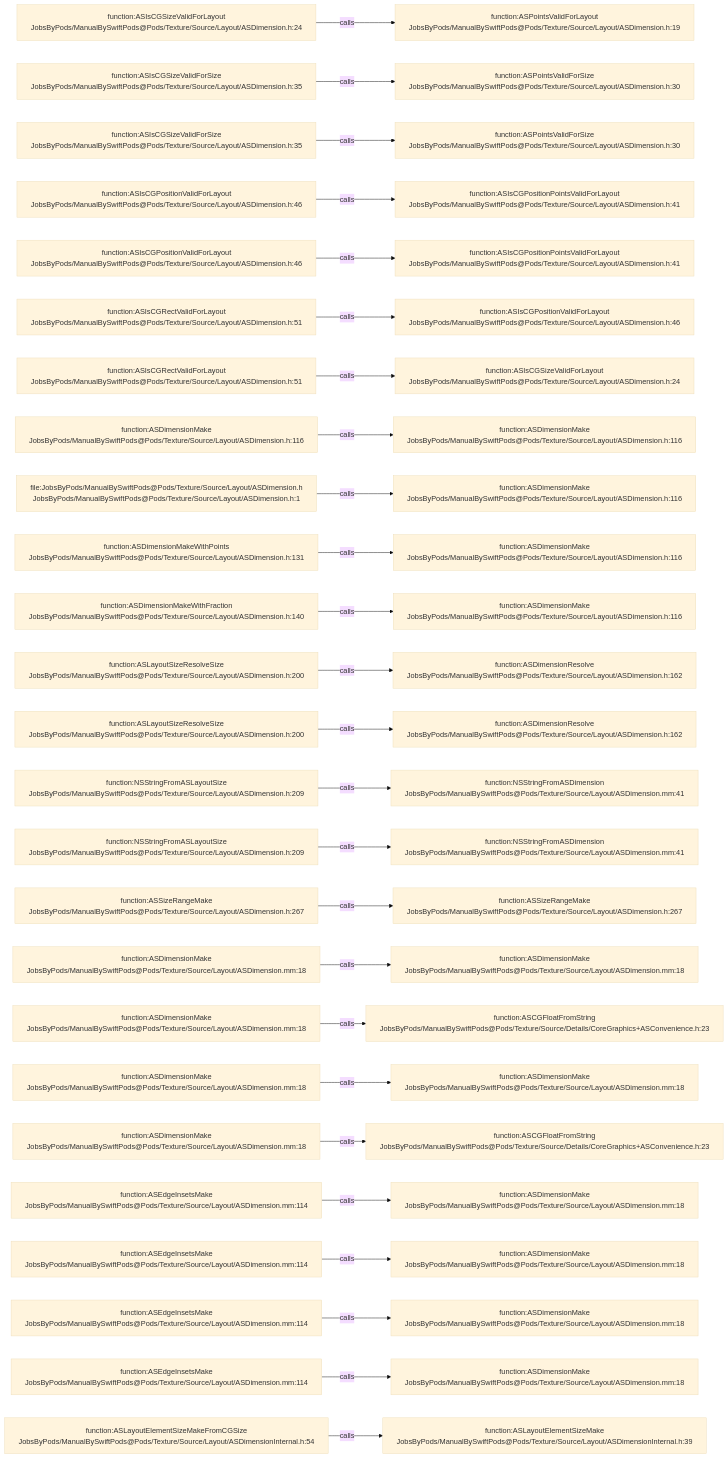
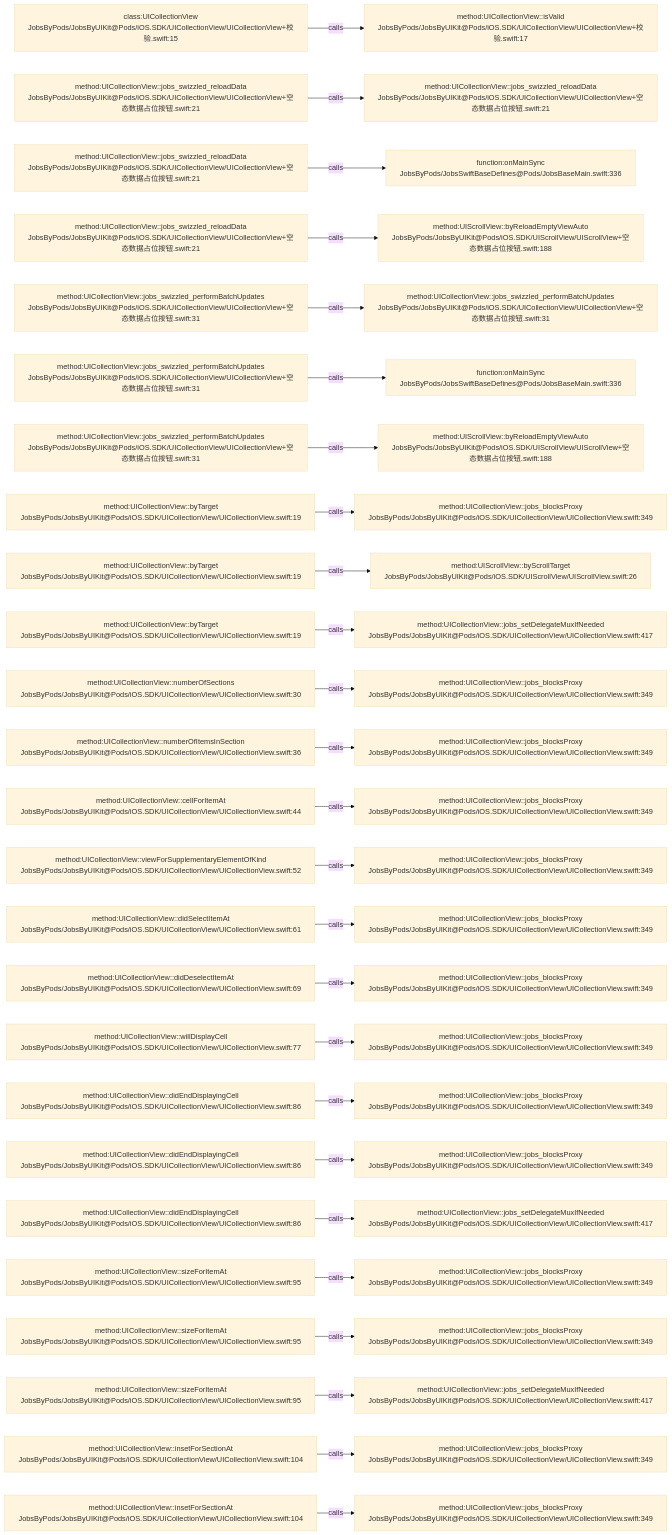
Before and after one commit to JobsKits/JobsSwiftBaseConfigDemo: the diagram in .codegraph/codegraph.md/graphs/calls-106.md, drawn with Mermaid (base theme). The commit also changed 224 other files, not shown here.

````diff
--- a/.codegraph/codegraph.md/graphs/calls-106.md
+++ b/.codegraph/codegraph.md/graphs/calls-106.md
@@ -13,78 +13,78 @@
 ```mermaid
 flowchart LR
-  S1["function:ASIsCGSizeValidForLayout<br/>JobsByPods/ManualBySwiftPods@Pods/Texture/Source/Layout/ASDimension.h:24"]
-  T1["function:ASPointsValidForLayout<br/>JobsByPods/ManualBySwiftPods@Pods/Texture/Source/Layout/ASDimension.h:19"]
+  S1["class:UICollectionView<br/>JobsByPods/JobsByUIKit@Pods/iOS.SDK/UICollectionView/UICollectionView+校验.swift:15"]
+  T1["method:UICollectionView::isValid<br/>JobsByPods/JobsByUIKit@Pods/iOS.SDK/UICollectionView/UICollectionView+校验.swift:17"]
   S1 -->|calls| T1
-  S2["function:ASIsCGSizeValidForSize<br/>JobsByPods/ManualBySwiftPods@Pods/Texture/Source/Layout/ASDimension.h:35"]
-  T2["function:ASPointsValidForSize<br/>JobsByPods/ManualBySwiftPods@Pods/Texture/Source/Layout/ASDimension.h:30"]
+  S2["method:UICollectionView::jobs_swizzled_reloadData<br/>JobsByPods/JobsByUIKit@Pods/iOS.SDK/UICollectionView/UICollectionView+空态数据占位按钮.swift:21"]
+  T2["method:UICollectionView::jobs_swizzled_reloadData<br/>JobsByPods/JobsByUIKit@Pods/iOS.SDK/UICollectionView/UICollectionView+空态数据占位按钮.swift:21"]
   S2 -->|calls| T2
-  S3["function:ASIsCGSizeValidForSize<br/>JobsByPods/ManualBySwiftPods@Pods/Texture/Source/Layout/ASDimension.h:35"]
-  T3["function:ASPointsValidForSize<br/>JobsByPods/ManualBySwiftPods@Pods/Texture/Source/Layout/ASDimension.h:30"]
+  S3["method:UICollectionView::jobs_swizzled_reloadData<br/>JobsByPods/JobsByUIKit@Pods/iOS.SDK/UICollectionView/UICollectionView+空态数据占位按钮.swift:21"]
+  T3["function:onMainSync<br/>JobsByPods/JobsSwiftBaseDefines@Pods/JobsBaseMain.swift:336"]
   S3 -->|calls| T3
-  S4["function:ASIsCGPositionValidForLayout<br/>JobsByPods/ManualBySwiftPods@Pods/Texture/Source/Layout/ASDimension.h:46"]
-  T4["function:ASIsCGPositionPointsValidForLayout<br/>JobsByPods/ManualBySwiftPods@Pods/Texture/Source/Layout/ASDimension.h:41"]
+  S4["method:UICollectionView::jobs_swizzled_reloadData<br/>JobsByPods/JobsByUIKit@Pods/iOS.SDK/UICollectionView/UICollectionView+空态数据占位按钮.swift:21"]
+  T4["method:UIScrollView::byReloadEmptyViewAuto<br/>JobsByPods/JobsByUIKit@Pods/iOS.SDK/UIScrollView/UIScrollView+空态数据占位按钮.swift:188"]
   S4 -->|calls| T4
-  S5["function:ASIsCGPositionValidForLayout<br/>JobsByPods/ManualBySwiftPods@Pods/Texture/Source/Layout/ASDimension.h:46"]
-  T5["function:ASIsCGPositionPointsValidForLayout<br/>JobsByPods/ManualBySwiftPods@Pods/Texture/Source/Layout/ASDimension.h:41"]
+  S5["method:UICollectionView::jobs_swizzled_performBatchUpdates<br/>JobsByPods/JobsByUIKit@Pods/iOS.SDK/UICollectionView/UICollectionView+空态数据占位按钮.swift:31"]
+  T5["method:UICollectionView::jobs_swizzled_performBatchUpdates<br/>JobsByPods/JobsByUIKit@Pods/iOS.SDK/UICollectionView/UICollectionView+空态数据占位按钮.swift:31"]
   S5 -->|calls| T5
-  S6["function:ASIsCGRectValidForLayout<br/>JobsByPods/ManualBySwiftPods@Pods/Texture/Source/Layout/ASDimension.h:51"]
-  T6["function:ASIsCGPositionValidForLayout<br/>JobsByPods/ManualBySwiftPods@Pods/Texture/Source/Layout/ASDimension.h:46"]
+  S6["method:UICollectionView::jobs_swizzled_performBatchUpdates<br/>JobsByPods/JobsByUIKit@Pods/iOS.SDK/UICollectionView/UICollectionView+空态数据占位按钮.swift:31"]
+  T6["function:onMainSync<br/>JobsByPods/JobsSwiftBaseDefines@Pods/JobsBaseMain.swift:336"]
   S6 -->|calls| T6
-  S7["function:ASIsCGRectValidForLayout<br/>JobsByPods/ManualBySwiftPods@Pods/Texture/Source/Layout/ASDimension.h:51"]
-  T7["function:ASIsCGSizeValidForLayout<br/>JobsByPods/ManualBySwiftPods@Pods/Texture/Source/Layout/ASDimension.h:24"]
+  S7["method:UICollectionView::jobs_swizzled_performBatchUpdates<br/>JobsByPods/JobsByUIKit@Pods/iOS.SDK/UICollectionView/UICollectionView+空态数据占位按钮.swift:31"]
+  T7["method:UIScrollView::byReloadEmptyViewAuto<br/>JobsByPods/JobsByUIKit@Pods/iOS.SDK/UIScrollView/UIScrollView+空态数据占位按钮.swift:188"]
   S7 -->|calls| T7
-  S8["function:ASDimensionMake<br/>JobsByPods/ManualBySwiftPods@Pods/Texture/Source/Layout/ASDimension.h:116"]
-  T8["function:ASDimensionMake<br/>JobsByPods/ManualBySwiftPods@Pods/Texture/Source/Layout/ASDimension.h:116"]
+  S8["method:UICollectionView::byTarget<br/>JobsByPods/JobsByUIKit@Pods/iOS.SDK/UICollectionView/UICollectionView.swift:19"]
+  T8["method:UICollectionView::jobs_blocksProxy<br/>JobsByPods/JobsByUIKit@Pods/iOS.SDK/UICollectionView/UICollectionView.swift:349"]
   S8 -->|calls| T8
-  S9["file:JobsByPods/ManualBySwiftPods@Pods/Texture/Source/Layout/ASDimension.h<br/>JobsByPods/ManualBySwiftPods@Pods/Texture/Source/Layout/ASDimension.h:1"]
-  T9["function:ASDimensionMake<br/>JobsByPods/ManualBySwiftPods@Pods/Texture/Source/Layout/ASDimension.h:116"]
+  S9["method:UICollectionView::byTarget<br/>JobsByPods/JobsByUIKit@Pods/iOS.SDK/UICollectionView/UICollectionView.swift:19"]
+  T9["method:UIScrollView::byScrollTarget<br/>JobsByPods/JobsByUIKit@Pods/iOS.SDK/UIScrollView/UIScrollView.swift:26"]
   S9 -->|calls| T9
-  S10["function:ASDimensionMakeWithPoints<br/>JobsByPods/ManualBySwiftPods@Pods/Texture/Source/Layout/ASDimension.h:131"]
-  T10["function:ASDimensionMake<br/>JobsByPods/ManualBySwiftPods@Pods/Texture/Source/Layout/ASDimension.h:116"]
+  S10["method:UICollectionView::byTarget<br/>JobsByPods/JobsByUIKit@Pods/iOS.SDK/UICollectionView/UICollectionView.swift:19"]
+  T10["method:UICollectionView::jobs_setDelegateMuxIfNeeded<br/>JobsByPods/JobsByUIKit@Pods/iOS.SDK/UICollectionView/UICollectionView.swift:417"]
   S10 -->|calls| T10
-  S11["function:ASDimensionMakeWithFraction<br/>JobsByPods/ManualBySwiftPods@Pods/Texture/Source/Layout/ASDimension.h:140"]
-  T11["function:ASDimensionMake<br/>JobsByPods/ManualBySwiftPods@Pods/Texture/Source/Layout/ASDimension.h:116"]
+  S11["method:UICollectionView::numberOfSections<br/>JobsByPods/JobsByUIKit@Pods/iOS.SDK/UICollectionView/UICollectionView.swift:30"]
+  T11["method:UICollectionView::jobs_blocksProxy<br/>JobsByPods/JobsByUIKit@Pods/iOS.SDK/UICollectionView/UICollectionView.swift:349"]
   S11 -->|calls| T11
-  S12["function:ASLayoutSizeResolveSize<br/>JobsByPods/ManualBySwiftPods@Pods/Texture/Source/Layout/ASDimension.h:200"]
-  T12["function:ASDimensionResolve<br/>JobsByPods/ManualBySwiftPods@Pods/Texture/Source/Layout/ASDimension.h:162"]
+  S12["method:UICollectionView::numberOfItemsInSection<br/>JobsByPods/JobsByUIKit@Pods/iOS.SDK/UICollectionView/UICollectionView.swift:36"]
+  T12["method:UICollectionView::jobs_blocksProxy<br/>JobsByPods/JobsByUIKit@Pods/iOS.SDK/UICollectionView/UICollectionView.swift:349"]
   S12 -->|calls| T12
-  S13["function:ASLayoutSizeResolveSize<br/>JobsByPods/ManualBySwiftPods@Pods/Texture/Source/Layout/ASDimension.h:200"]
-  T13["function:ASDimensionResolve<br/>JobsByPods/ManualBySwiftPods@Pods/Texture/Source/Layout/ASDimension.h:162"]
+  S13["method:UICollectionView::cellForItemAt<br/>JobsByPods/JobsByUIKit@Pods/iOS.SDK/UICollectionView/UICollectionView.swift:44"]
+  T13["method:UICollectionView::jobs_blocksProxy<br/>JobsByPods/JobsByUIKit@Pods/iOS.SDK/UICollectionView/UICollectionView.swift:349"]
   S13 -->|calls| T13
-  S14["function:NSStringFromASLayoutSize<br/>JobsByPods/ManualBySwiftPods@Pods/Texture/Source/Layout/ASDimension.h:209"]
-  T14["function:NSStringFromASDimension<br/>JobsByPods/ManualBySwiftPods@Pods/Texture/Source/Layout/ASDimension.mm:41"]
+  S14["method:UICollectionView::viewForSupplementaryElementOfKind<br/>JobsByPods/JobsByUIKit@Pods/iOS.SDK/UICollectionView/UICollectionView.swift:52"]
+  T14["method:UICollectionView::jobs_blocksProxy<br/>JobsByPods/JobsByUIKit@Pods/iOS.SDK/UICollectionView/UICollectionView.swift:349"]
   S14 -->|calls| T14
-  S15["function:NSStringFromASLayoutSize<br/>JobsByPods/ManualBySwiftPods@Pods/Texture/Source/Layout/ASDimension.h:209"]
-  T15["function:NSStringFromASDimension<br/>JobsByPods/ManualBySwiftPods@Pods/Texture/Source/Layout/ASDimension.mm:41"]
+  S15["method:UICollectionView::didSelectItemAt<br/>JobsByPods/JobsByUIKit@Pods/iOS.SDK/UICollectionView/UICollectionView.swift:61"]
+  T15["method:UICollectionView::jobs_blocksProxy<br/>JobsByPods/JobsByUIKit@Pods/iOS.SDK/UICollectionView/UICollectionView.swift:349"]
   S15 -->|calls| T15
-  S16["function:ASSizeRangeMake<br/>JobsByPods/ManualBySwiftPods@Pods/Texture/Source/Layout/ASDimension.h:267"]
-  T16["function:ASSizeRangeMake<br/>JobsByPods/ManualBySwiftPods@Pods/Texture/Source/Layout/ASDimension.h:267"]
+  S16["method:UICollectionView::didDeselectItemAt<br/>JobsByPods/JobsByUIKit@Pods/iOS.SDK/UICollectionView/UICollectionView.swift:69"]
+  T16["method:UICollectionView::jobs_blocksProxy<br/>JobsByPods/JobsByUIKit@Pods/iOS.SDK/UICollectionView/UICollectionView.swift:349"]
   S16 -->|calls| T16
-  S17["function:ASDimensionMake<br/>JobsByPods/ManualBySwiftPods@Pods/Texture/Source/Layout/ASDimension.mm:18"]
-  T17["function:ASDimensionMake<br/>JobsByPods/ManualBySwiftPods@Pods/Texture/Source/Layout/ASDimension.mm:18"]
+  S17["method:UICollectionView::willDisplayCell<br/>JobsByPods/JobsByUIKit@Pods/iOS.SDK/UICollectionView/UICollectionView.swift:77"]
+  T17["method:UICollectionView::jobs_blocksProxy<br/>JobsByPods/JobsByUIKit@Pods/iOS.SDK/UICollectionView/UICollectionView.swift:349"]
   S17 -->|calls| T17
-  S18["function:ASDimensionMake<br/>JobsByPods/ManualBySwiftPods@Pods/Texture/Source/Layout/ASDimension.mm:18"]
-  T18["function:ASCGFloatFromString<br/>JobsByPods/ManualBySwiftPods@Pods/Texture/Source/Details/CoreGraphics+ASConvenience.h:23"]
+  S18["method:UICollectionView::didEndDisplayingCell<br/>JobsByPods/JobsByUIKit@Pods/iOS.SDK/UICollectionView/UICollectionView.swift:86"]
+  T18["method:UICollectionView::jobs_blocksProxy<br/>JobsByPods/JobsByUIKit@Pods/iOS.SDK/UICollectionView/UICollectionView.swift:349"]
   S18 -->|calls| T18
-  S19["function:ASDimensionMake<br/>JobsByPods/ManualBySwiftPods@Pods/Texture/Source/Layout/ASDimension.mm:18"]
-  T19["function:ASDimensionMake<br/>JobsByPods/ManualBySwiftPods@Pods/Texture/Source/Layout/ASDimension.mm:18"]
+  S19["method:UICollectionView::didEndDisplayingCell<br/>JobsByPods/JobsByUIKit@Pods/iOS.SDK/UICollectionView/UICollectionView.swift:86"]
+  T19["method:UICollectionView::jobs_blocksProxy<br/>JobsByPods/JobsByUIKit@Pods/iOS.SDK/UICollectionView/UICollectionView.swift:349"]
   S19 -->|calls| T19
-  S20["function:ASDimensionMake<br/>JobsByPods/ManualBySwiftPods@Pods/Texture/Source/Layout/ASDimension.mm:18"]
-  T20["function:ASCGFloatFromString<br/>JobsByPods/ManualBySwiftPods@Pods/Texture/Source/Details/CoreGraphics+ASConvenience.h:23"]
+  S20["method:UICollectionView::didEndDisplayingCell<br/>JobsByPods/JobsByUIKit@Pods/iOS.SDK/UICollectionView/UICollectionView.swift:86"]
+  T20["method:UICollectionView::jobs_setDelegateMuxIfNeeded<br/>JobsByPods/JobsByUIKit@Pods/iOS.SDK/UICollectionView/UICollectionView.swift:417"]
   S20 -->|calls| T20
-  S21["function:ASEdgeInsetsMake<br/>JobsByPods/ManualBySwiftPods@Pods/Texture/Source/Layout/ASDimension.mm:114"]
-  T21["function:ASDimensionMake<br/>JobsByPods/ManualBySwiftPods@Pods/Texture/Source/Layout/ASDimension.mm:18"]
+  S21["method:UICollectionView::sizeForItemAt<br/>JobsByPods/JobsByUIKit@Pods/iOS.SDK/UICollectionView/UICollectionView.swift:95"]
+  T21["method:UICollectionView::jobs_blocksProxy<br/>JobsByPods/JobsByUIKit@Pods/iOS.SDK/UICollectionView/UICollectionView.swift:349"]
   S21 -->|calls| T21
-  S22["function:ASEdgeInsetsMake<br/>JobsByPods/ManualBySwiftPods@Pods/Texture/Source/Layout/ASDimension.mm:114"]
-  T22["function:ASDimensionMake<br/>JobsByPods/ManualBySwiftPods@Pods/Texture/Source/Layout/ASDimension.mm:18"]
+  S22["method:UICollectionView::sizeForItemAt<br/>JobsByPods/JobsByUIKit@Pods/iOS.SDK/UICollectionView/UICollectionView.swift:95"]
+  T22["method:UICollectionView::jobs_blocksProxy<br/>JobsByPods/JobsByUIKit@Pods/iOS.SDK/UICollectionView/UICollectionView.swift:349"]
   S22 -->|calls| T22
-  S23["function:ASEdgeInsetsMake<br/>JobsByPods/ManualBySwiftPods@Pods/Texture/Source/Layout/ASDimension.mm:114"]
-  T23["function:ASDimensionMake<br/>JobsByPods/ManualBySwiftPods@Pods/Texture/Source/Layout/ASDimension.mm:18"]
+  S23["method:UICollectionView::sizeForItemAt<br/>JobsByPods/JobsByUIKit@Pods/iOS.SDK/UICollectionView/UICollectionView.swift:95"]
+  T23["method:UICollectionView::jobs_setDelegateMuxIfNeeded<br/>JobsByPods/JobsByUIKit@Pods/iOS.SDK/UICollectionView/UICollectionView.swift:417"]
   S23 -->|calls| T23
-  S24["function:ASEdgeInsetsMake<br/>JobsByPods/ManualBySwiftPods@Pods/Texture/Source/Layout/ASDimension.mm:114"]
-  T24["function:ASDimensionMake<br/>JobsByPods/ManualBySwiftPods@Pods/Texture/Source/Layout/ASDimension.mm:18"]
+  S24["method:UICollectionView::insetForSectionAt<br/>JobsByPods/JobsByUIKit@Pods/iOS.SDK/UICollectionView/UICollectionView.swift:104"]
+  T24["method:UICollectionView::jobs_blocksProxy<br/>JobsByPods/JobsByUIKit@Pods/iOS.SDK/UICollectionView/UICollectionView.swift:349"]
   S24 -->|calls| T24
-  S25["function:ASLayoutElementSizeMakeFromCGSize<br/>JobsByPods/ManualBySwiftPods@Pods/Texture/Source/Layout/ASDimensionInternal.h:54"]
-  T25["function:ASLayoutElementSizeMake<br/>JobsByPods/ManualBySwiftPods@Pods/Texture/Source/Layout/ASDimensionInternal.h:39"]
+  S25["method:UICollectionView::insetForSectionAt<br/>JobsByPods/JobsByUIKit@Pods/iOS.SDK/UICollectionView/UICollectionView.swift:104"]
+  T25["method:UICollectionView::jobs_blocksProxy<br/>JobsByPods/JobsByUIKit@Pods/iOS.SDK/UICollectionView/UICollectionView.swift:349"]
   S25 -->|calls| T25
 ```
````
